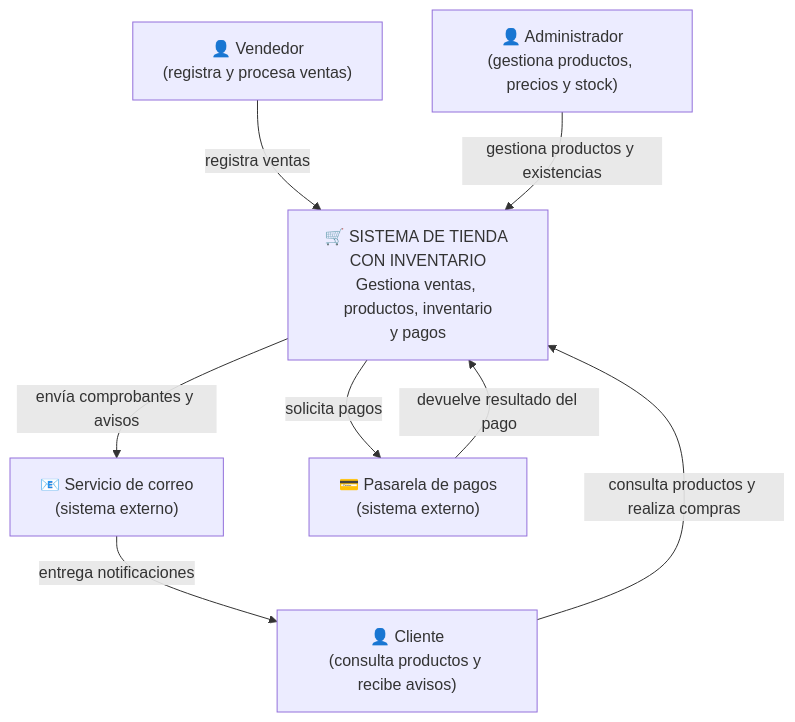
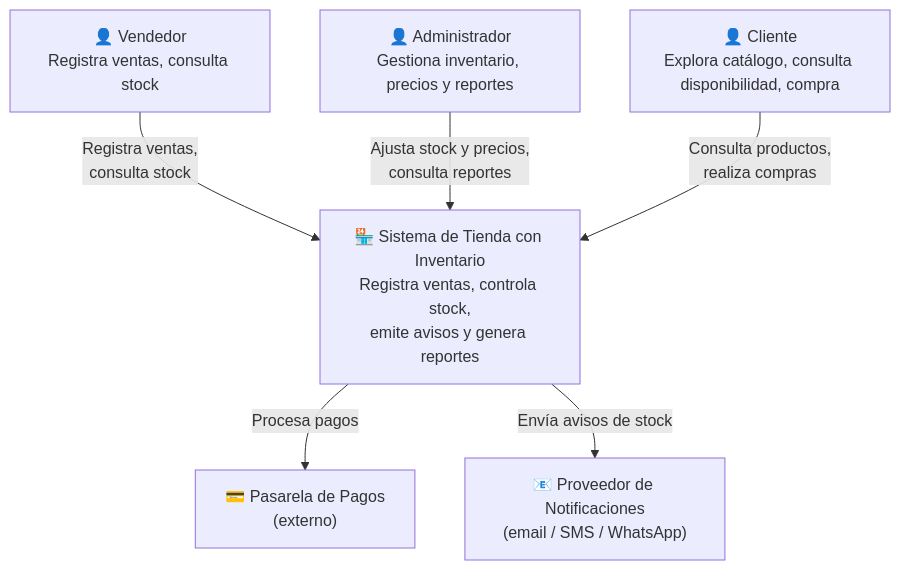
One commit to RonaldoMelgarejo/expediente-arq-melgarejo changed the first of 2 diagrams in h4/README.md. Above: the diagram before and after it, drawn with Mermaid. The commit also changed other lines of this file, not shown here.

`````diff
--- a/h4/README.md
+++ b/h4/README.md
@@ -4,22 +4,18 @@
 ````mermaid
-flowchart TB
+graph TB
+    Vendedor["👤 Vendedor<br/>Registra ventas, consulta stock"]
+    Administrador["👤 Administrador<br/>Gestiona inventario, precios y reportes"]
+    Cliente["👤 Cliente<br/>Explora catálogo, consulta disponibilidad, compra"]
 
-    vendedor["👤 Vendedor<br>(registra y procesa ventas)"]
-    admin["👤 Administrador<br>(gestiona productos, precios y stock)"]
-    cliente["👤 Cliente<br>(consulta productos y recibe avisos)"]
+    Sistema["🏪 Sistema de Tienda con Inventario<br/>Registra ventas, controla stock,<br/>emite avisos y genera reportes"]
 
-    sistema["🛒 SISTEMA DE TIENDA CON INVENTARIO<br>Gestiona ventas, productos, inventario<br>y pagos"]
+    Pasarela["💳 Pasarela de Pagos<br/>(externo)"]
+    ProveedorNotif["📧 Proveedor de Notificaciones<br/>(email / SMS / WhatsApp)"]
 
-    correo["📧 Servicio de correo<br>(sistema externo)"]
-    pasarela["💳 Pasarela de pagos<br>(sistema externo)"]
+    Vendedor -->|"Registra ventas,<br/>consulta stock"| Sistema
+    Administrador -->|"Ajusta stock y precios,<br/>consulta reportes"| Sistema
+    Cliente -->|"Consulta productos,<br/>realiza compras"| Sistema
 
-    vendedor -->|"registra ventas"| sistema
-    admin -->|"gestiona productos y existencias"| sistema
-    cliente -->|"consulta productos y realiza compras"| sistema
-
-    sistema -->|"envía comprobantes y avisos"| correo
-    correo -->|"entrega notificaciones"| cliente
-
-    sistema -->|"solicita pagos"| pasarela
-    pasarela -->|"devuelve resultado del pago"| sistema
+    Sistema -->|"Procesa pagos"| Pasarela
+    Sistema -->|"Envía avisos de stock"| ProveedorNotif
 ````
`````
